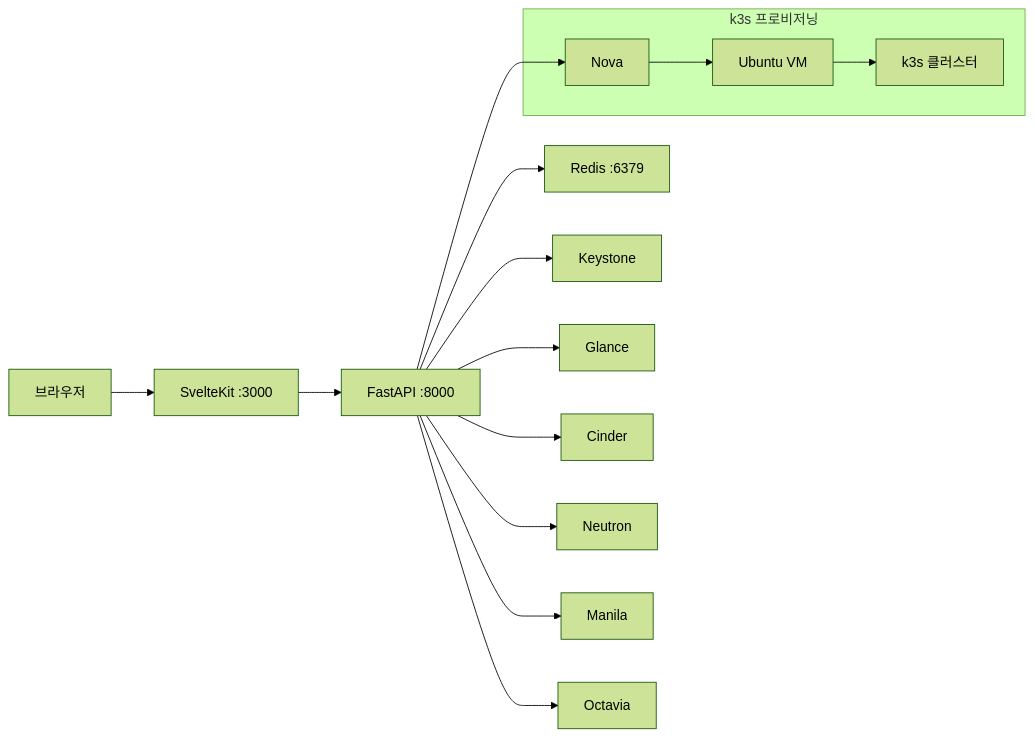
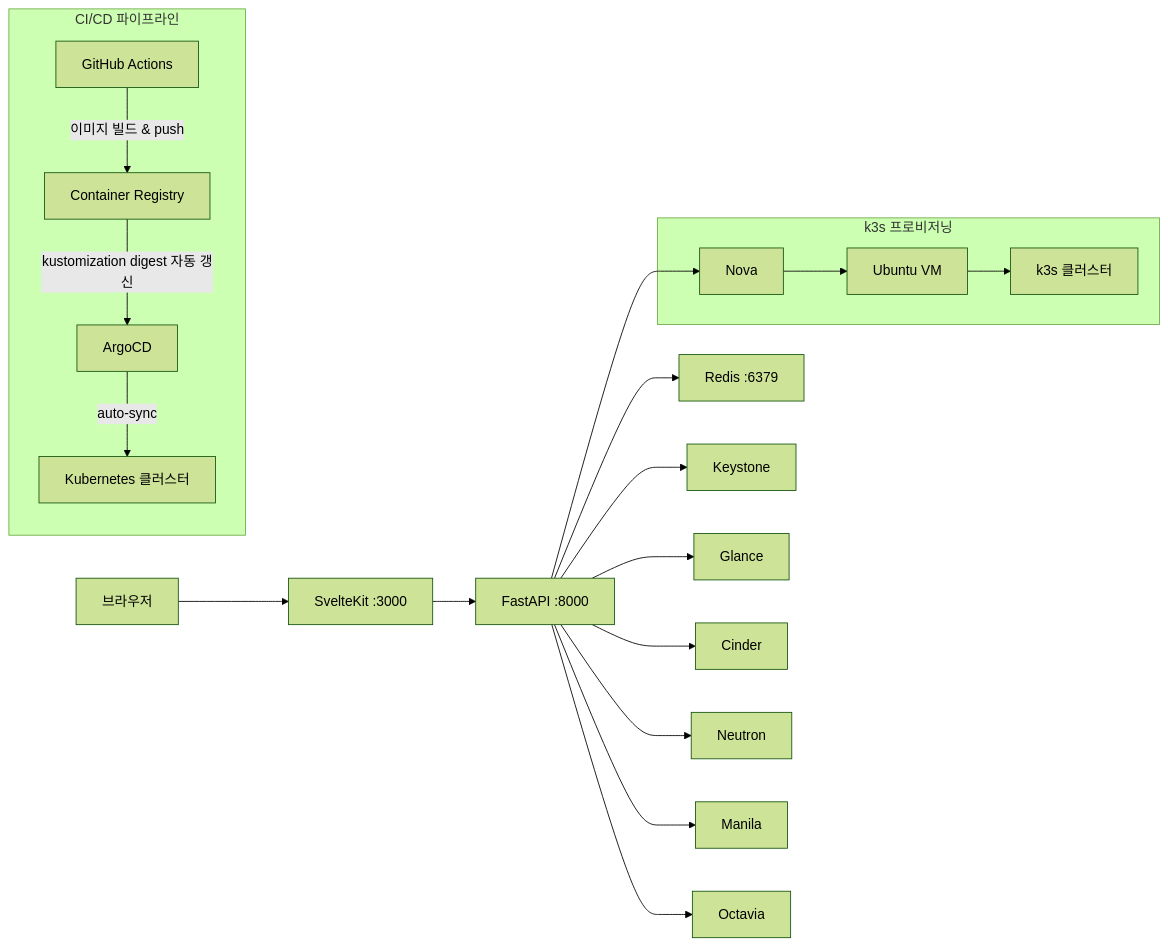
One commit to jung-geun/openstack-afterglow changed the diagram in README.md. Above: the diagram before and after it, drawn with Mermaid (forest theme). The commit also changed other lines of this file and 6 other files, not shown here.

````diff
--- a/README.md
+++ b/README.md
@@ -66,18 +82,24 @@
 ```mermaid
 graph LR
     Browser["브라우저"] --> FE["SvelteKit :3000"]
     FE --> API["FastAPI :8000"]
     API --> Redis["Redis :6379"]
     API --> KS["Keystone"]
     API --> Nova["Nova"]
     API --> Glance["Glance"]
     API --> Cinder["Cinder"]
     API --> Neutron["Neutron"]
     API --> Manila["Manila"]
     API --> Octavia["Octavia"]
 
     subgraph k3s 프로비저닝
         Nova --> VM["Ubuntu VM"]
         VM --> K3S["k3s 클러스터"]
     end
+
+    subgraph CI/CD 파이프라인
+        GH["GitHub Actions"] -->|이미지 빌드 & push| Registry["Container Registry"]
+        Registry -->|kustomization digest 자동 갱신| ArgoCD["ArgoCD"]
+        ArgoCD -->|auto-sync| K8S["Kubernetes 클러스터"]
+    end
 ```
````
